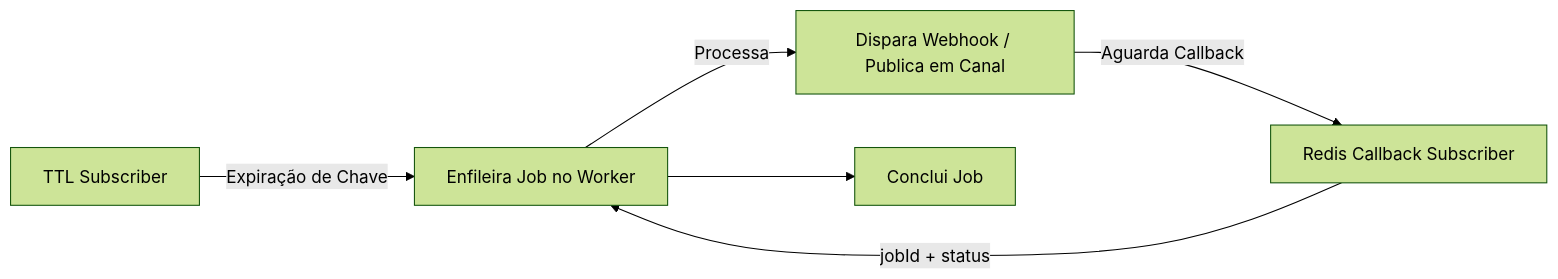
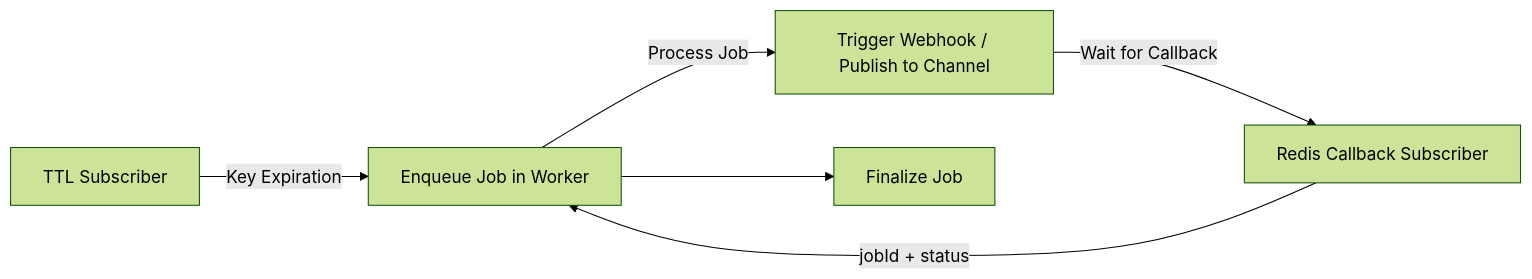
Before and after one commit to AdilsonNoveli/followup-redis-n8n: the diagram in README.md, drawn with Mermaid (forest theme). The commit also changed other lines of this file, not shown here.

````diff
--- a/README.md
+++ b/README.md
@@ -58,8 +81,8 @@
 ```mermaid
 flowchart LR
-    A[TTL Subscriber] -->|Expiração de Chave| B[Enfileira Job no Worker]
-    B -->|Processa| C[Dispara Webhook / Publica em Canal]
-    C -->|Aguarda Callback| D[Redis Callback Subscriber]
+    A[TTL Subscriber] -->|Key Expiration| B[Enqueue Job in Worker]
+    B -->|Process Job| C[Trigger Webhook / Publish to Channel]
+    C -->|Wait for Callback| D[Redis Callback Subscriber]
     D -->|jobId + status| B
-    B --> E[Conclui Job]
+    B --> E[Finalize Job]
 ```
````
